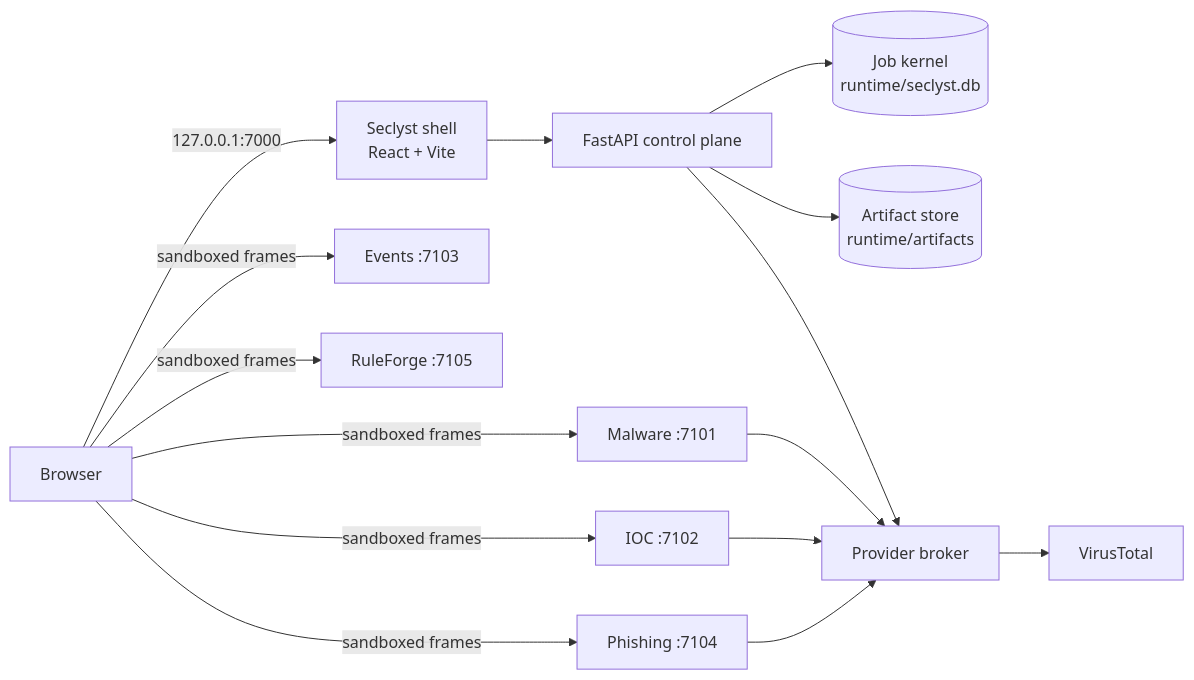
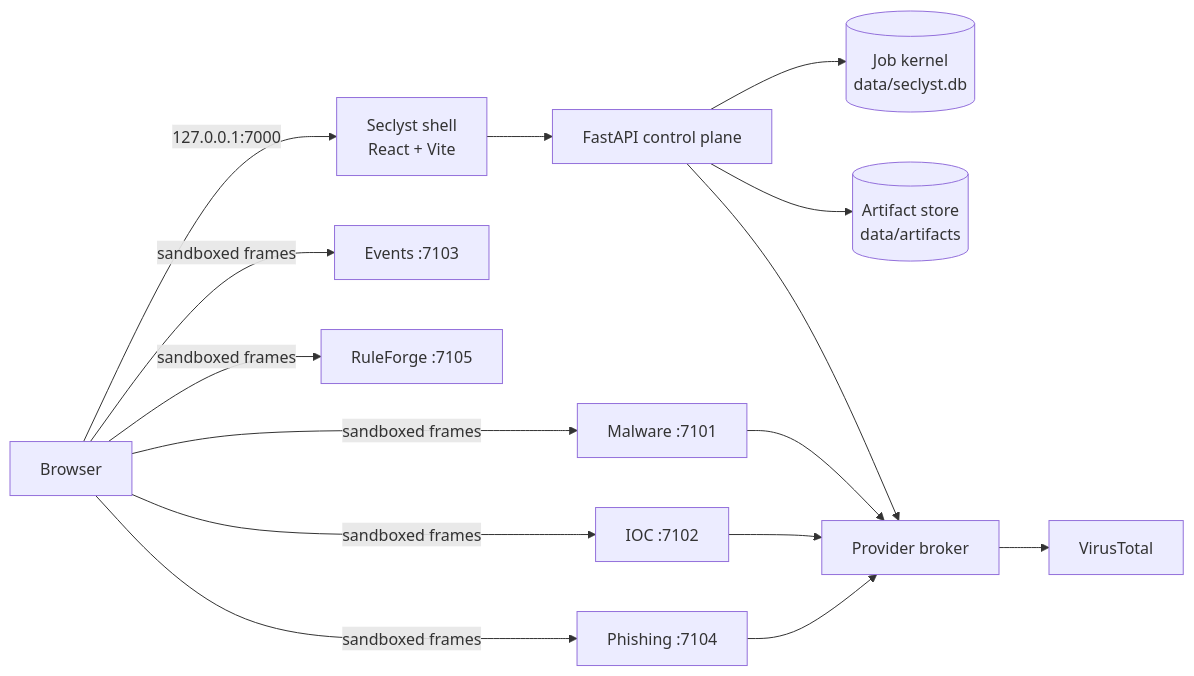
One commit to EclipseManic/SecLyst changed the diagram in README.md. Above: the diagram before and after it, drawn with Mermaid. The commit also changed other lines of this file and 92 other files, not shown here.

````diff
--- a/README.md
+++ b/README.md
@@ -62,19 +62,19 @@
 ```mermaid
 flowchart LR
     B[Browser] -->|127.0.0.1:7000| S[Seclyst shell<br/>React + Vite]
     B -->|sandboxed frames| T1[Malware :7101]
     B -->|sandboxed frames| T2[IOC :7102]
     B -->|sandboxed frames| T3[Events :7103]
     B -->|sandboxed frames| T4[Phishing :7104]
     B -->|sandboxed frames| T5[RuleForge :7105]
 
     S --> C[FastAPI control plane]
-    C --> J[(Job kernel<br/>runtime/seclyst.db)]
-    C --> A[(Artifact store<br/>runtime/artifacts)]
+    C --> J[(Job kernel<br/>data/seclyst.db)]
+    C --> A[(Artifact store<br/>data/artifacts)]
     C --> P[Provider broker]
 
     T1 --> P
     T2 --> P
     T4 --> P
     P --> VT[VirusTotal]
 ```
````
